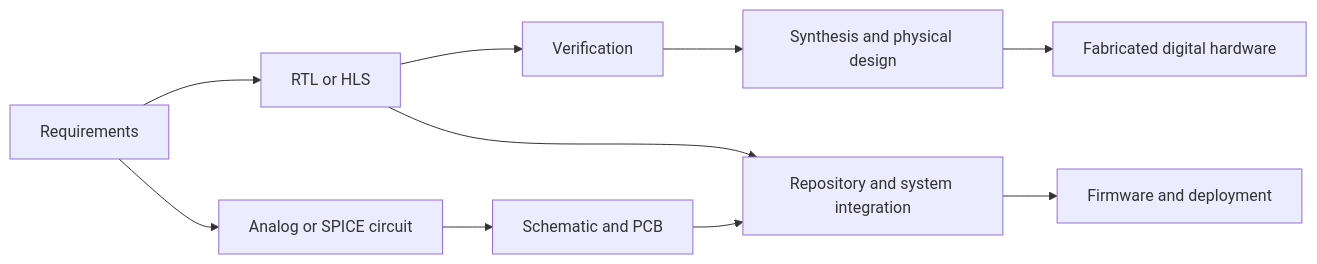
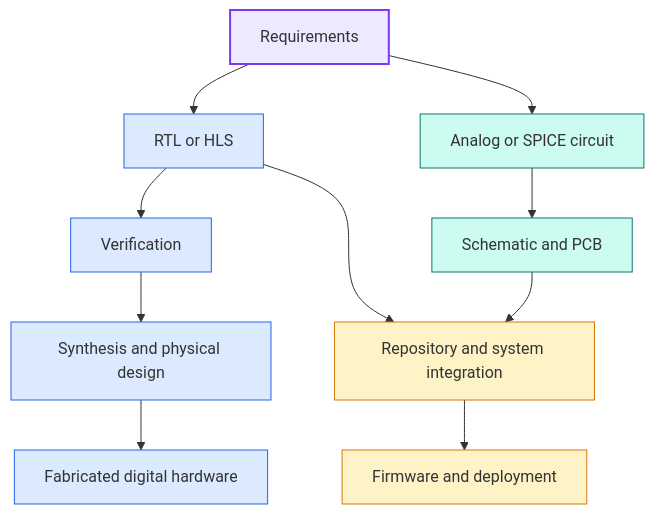
One commit to Uploading-Inc/AI-Hardware-EDA-Landscape changed the second of 4 diagrams in docs/field-guide.md. Above: the diagram before and after it, drawn with Mermaid. The commit also changed other lines of this file and 3 other files, not shown here.

````diff
--- a/docs/field-guide.md
+++ b/docs/field-guide.md
@@ -30,12 +35,21 @@
 ```mermaid
-flowchart LR
+flowchart TB
     A[Requirements] --> B[RTL or HLS]
     B --> C[Verification]
     C --> D[Synthesis and physical design]
     D --> E[Fabricated digital hardware]
     A --> F[Analog or SPICE circuit]
     F --> G[Schematic and PCB]
     B --> H[Repository and system integration]
     G --> H
     H --> I[Firmware and deployment]
+
+    classDef intent fill:#ede9fe,stroke:#7c3aed,stroke-width:2px;
+    classDef digital fill:#dbeafe,stroke:#2563eb;
+    classDef circuit fill:#ccfbf1,stroke:#0f766e;
+    classDef system fill:#fef3c7,stroke:#d97706;
+    class A intent;
+    class B,C,D,E digital;
+    class F,G circuit;
+    class H,I system;
 ```
````
